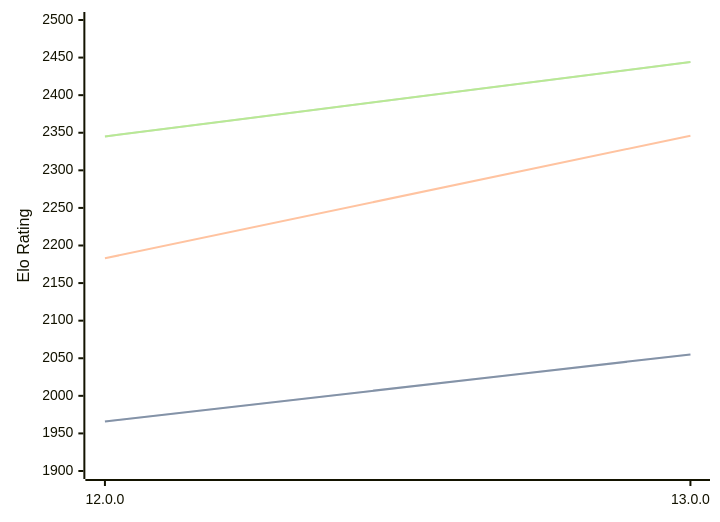
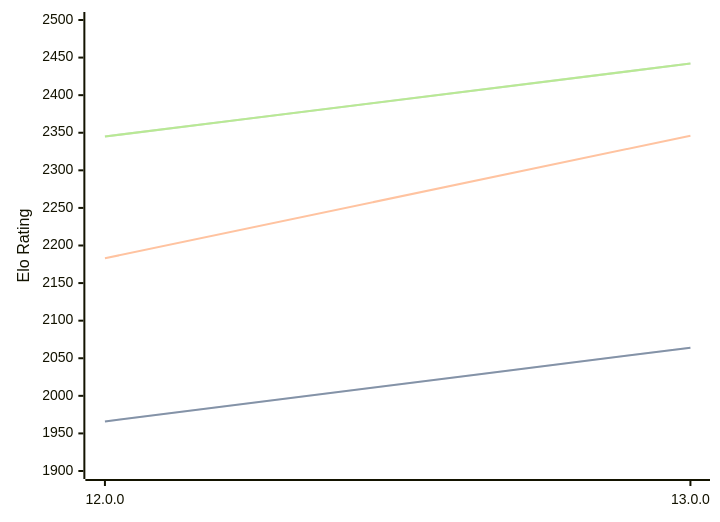
One commit to computer-chess-index/cci changed the diagram in engines/Cepimetheus.md. Above: the diagram before and after it, drawn with Mermaid. The commit also changed other lines of this file, not shown here.

Commit message:
Update CCI Ratings (ELO VLTC) - 2026-07-29

````diff
--- a/engines/Cepimetheus.md
+++ b/engines/Cepimetheus.md
@@ -64,11 +64,11 @@
 ```mermaid
 %%{init: {"theme":"base","themeVariables":{"seriesColors:['#a3a3a3','#222221','#faa371']}}}%%
 xychart-beta
   x-axis ["12.0.0", "13.0.0"]
   y-axis "Elo Rating" 1900 --> 2500
-  line "STC (8.0+0.08s)" [1966, 2055]
-  line "STC (8.0+0.08s)" [1966, 2055]
+  line "STC (8.0+0.08s)" [1966, 2064]
+  line "STC (8.0+0.08s)" [1966, 2064]
   line "LTC (60.0+0.60s)" [2183, 2346]
-  line "VLTC (2m24s+1.12s)" [2345, 2444]
-  line "VLTC (2m24s+1.12s)" [2345, 2444]
+  line "VLTC (2m24s+1.12s)" [2345, 2442]
+  line "VLTC (2m24s+1.12s)" [2345, 2442]
 ```
````
